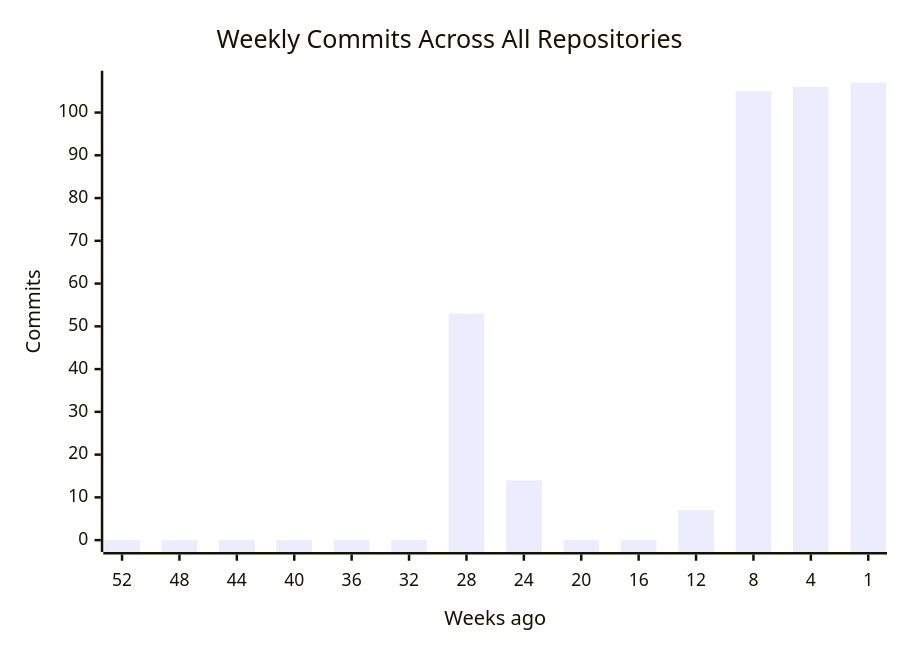
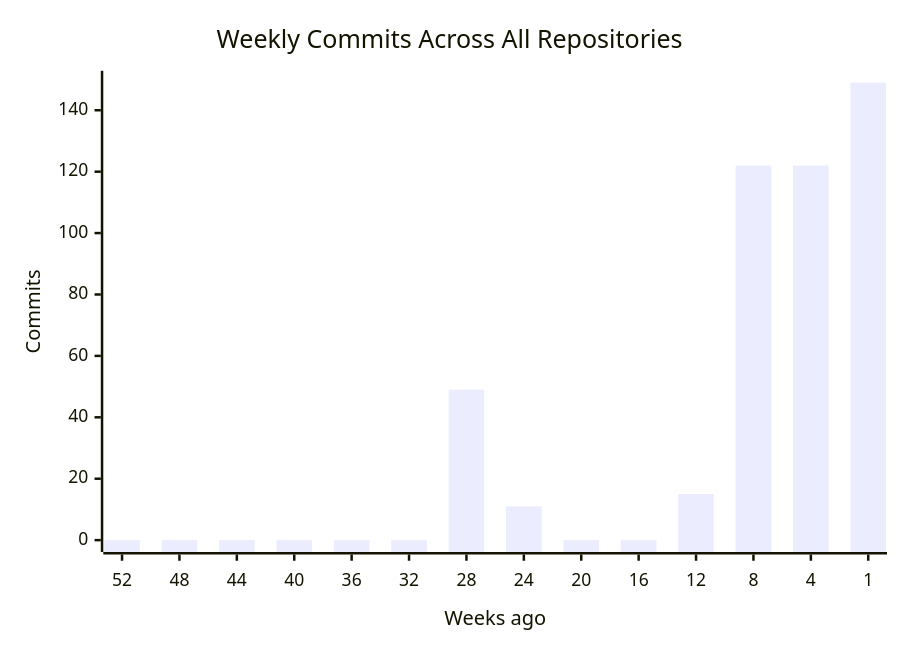
One commit to CSTH-Projects/.github changed the first of 4 diagrams in profile/README.md. Above: the diagram before and after it, drawn with Mermaid. The commit also changed other lines of this file, not shown here.

````diff
--- a/profile/README.md
+++ b/profile/README.md
@@ -16,7 +16,7 @@
 ```mermaid
 xychart-beta
     title "Weekly Commits Across All Repositories"
     x-axis "Weeks ago" [52, 48, 44, 40, 36, 32, 28, 24, 20, 16, 12, 8, 4, 1]
     y-axis "Commits"
-    bar [0, 0, 0, 0, 0, 0, 53, 14, 0, 0, 7, 105, 106, 107]
+    bar [0, 0, 0, 0, 0, 0, 49, 11, 0, 0, 15, 122, 122, 149]
 ```
````
